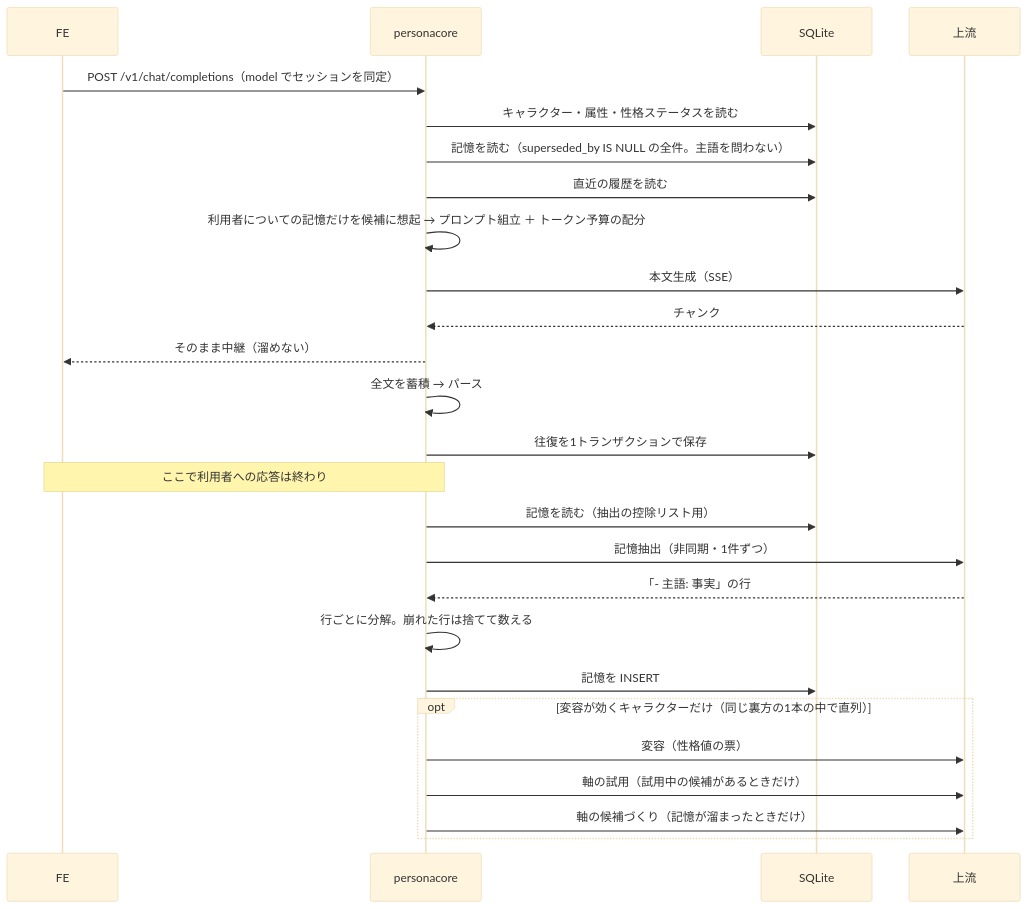
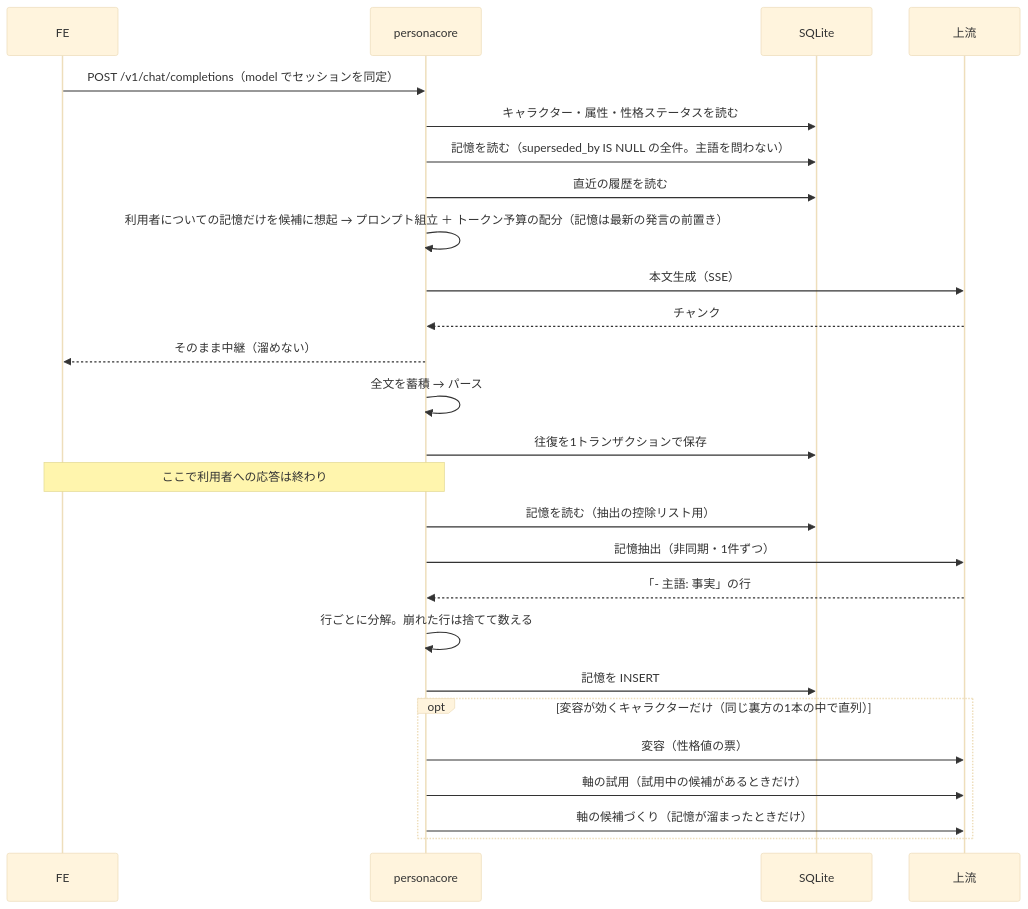
The diagram in docs/02-architecture.md (marukei/personacore), drawn with Mermaid (base theme) before and after one commit. The commit also changed other lines of this file and 12 other files, not shown here.

````diff
--- a/docs/02-architecture.md
+++ b/docs/02-architecture.md
@@ -52,30 +52,30 @@
 ```mermaid
 sequenceDiagram
     participant FE
     participant PC as personacore
     participant DB as SQLite
     participant LM as 上流
 
     FE->>PC: POST /v1/chat/completions（model でセッションを同定）
     PC->>DB: キャラクター・属性・性格ステータスを読む
     PC->>DB: 記憶を読む（superseded_by IS NULL の全件。主語を問わない）
     PC->>DB: 直近の履歴を読む
-    PC->>PC: 利用者についての記憶だけを候補に想起 → プロンプト組立 ＋ トークン予算の配分
+    PC->>PC: 利用者についての記憶だけを候補に想起 → プロンプト組立 ＋ トークン予算の配分（記憶は最新の発言の前置き）
     PC->>LM: 本文生成（SSE）
     LM-->>PC: チャンク
     PC-->>FE: そのまま中継（溜めない）
     PC->>PC: 全文を蓄積 → パース
     PC->>DB: 往復を1トランザクションで保存
     Note over PC,FE: ここで利用者への応答は終わり
 
     PC->>DB: 記憶を読む（抽出の控除リスト用）
     PC->>LM: 記憶抽出（非同期・1件ずつ）
     LM-->>PC: 「- 主語: 事実」の行
     PC->>PC: 行ごとに分解。崩れた行は捨てて数える
     PC->>DB: 記憶を INSERT
     opt 変容が効くキャラクターだけ（同じ裏方の1本の中で直列）
         PC->>LM: 変容（性格値の票）
         PC->>LM: 軸の試用（試用中の候補があるときだけ）
         PC->>LM: 軸の候補づくり（記憶が溜まったときだけ）
     end
 ```
````
